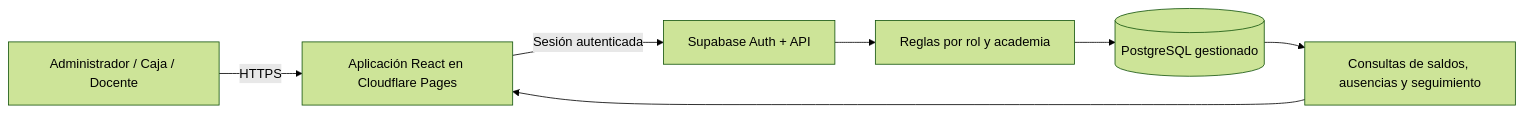
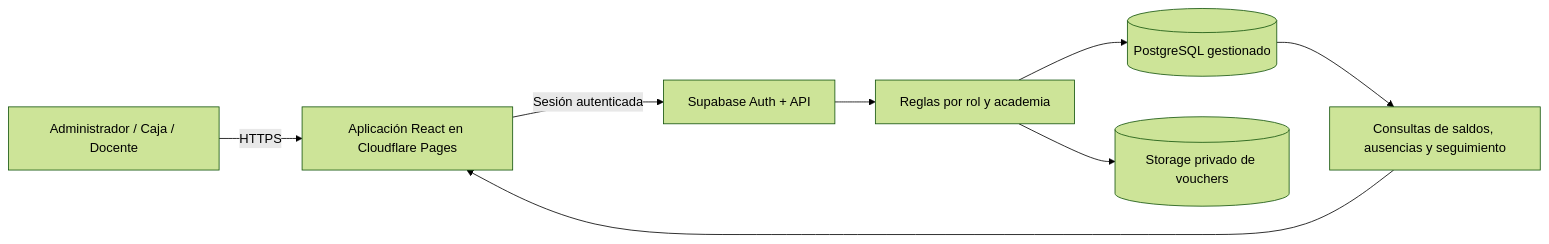
The diagram in docs/PLAN_FINAL.md (DACS-SLL/page_academy_manager), drawn with Mermaid (forest theme) before and after one commit. The commit also changed other lines of this file and 5 other files, not shown here.

````diff
--- a/docs/PLAN_FINAL.md
+++ b/docs/PLAN_FINAL.md
@@ -105,9 +107,10 @@
 ```mermaid
 flowchart LR
     U[Administrador / Caja / Docente] -->|HTTPS| F[Aplicación React en Cloudflare Pages]
     F -->|Sesión autenticada| A[Supabase Auth + API]
     A --> R[Reglas por rol y academia]
     R --> DB[(PostgreSQL gestionado)]
+    R --> S[(Storage privado de vouchers)]
     DB --> V[Consultas de saldos, ausencias y seguimiento]
     V --> F
 ```
````
